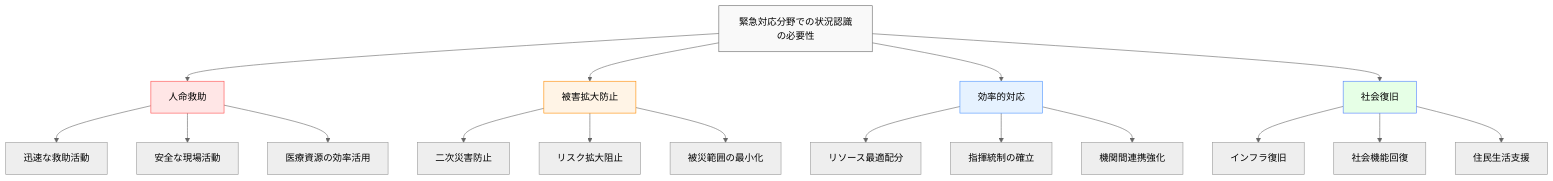
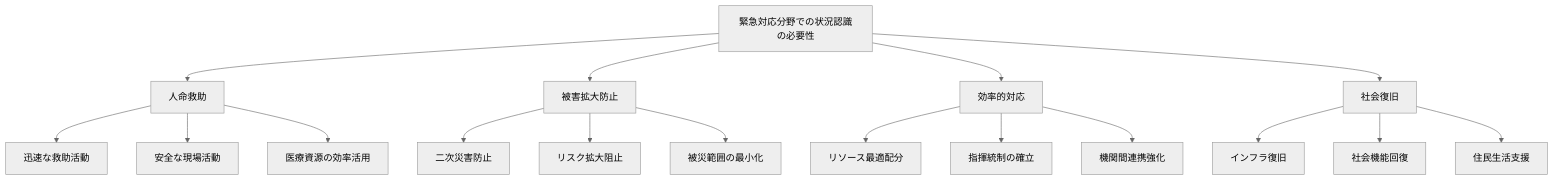
One commit to shuji-bonji/Situational-Awareness-and-Decision-Making changed the first of 8 diagrams in docs/applications/emergency-sa.md. Above: the diagram before and after it, drawn with Mermaid (neutral theme). The commit also changed other lines of this file and 49 other files, not shown here.

Commit message:
fix: ダークモードで見づらい図の色の変更

````diff
--- a/docs/applications/emergency-sa.md
+++ b/docs/applications/emergency-sa.md
@@ -25,29 +25,29 @@
 ```mermaid
 graph TD
     A[緊急対応分野での状況認識の必要性] --> B[人命救助]
     A --> C[被害拡大防止]
     A --> D[効率的対応]
     A --> E[社会復旧]
     
     B --> B1[迅速な救助活動]
     B --> B2[安全な現場活動]
     B --> B3[医療資源の効率活用]
     
     C --> C1[二次災害防止]
     C --> C2[リスク拡大阻止]
     C --> C3[被災範囲の最小化]
     
     D --> D1[リソース最適配分]
     D --> D2[指揮統制の確立]
     D --> D3[機関間連携強化]
     
     E --> E1[インフラ復旧]
     E --> E2[社会機能回復]
     E --> E3[住民生活支援]
     
-    style A fill:#f9f9f9,stroke:#666
-    style B fill:#ffe6e6,stroke:#ff4d4d
-    style C fill:#fff4e6,stroke:#ff8c00
-    style D fill:#e6f2ff,stroke:#4d94ff
-    style E fill:#e6ffe6,stroke:#4d7fff
+
+
+
+
+
 ```
````
